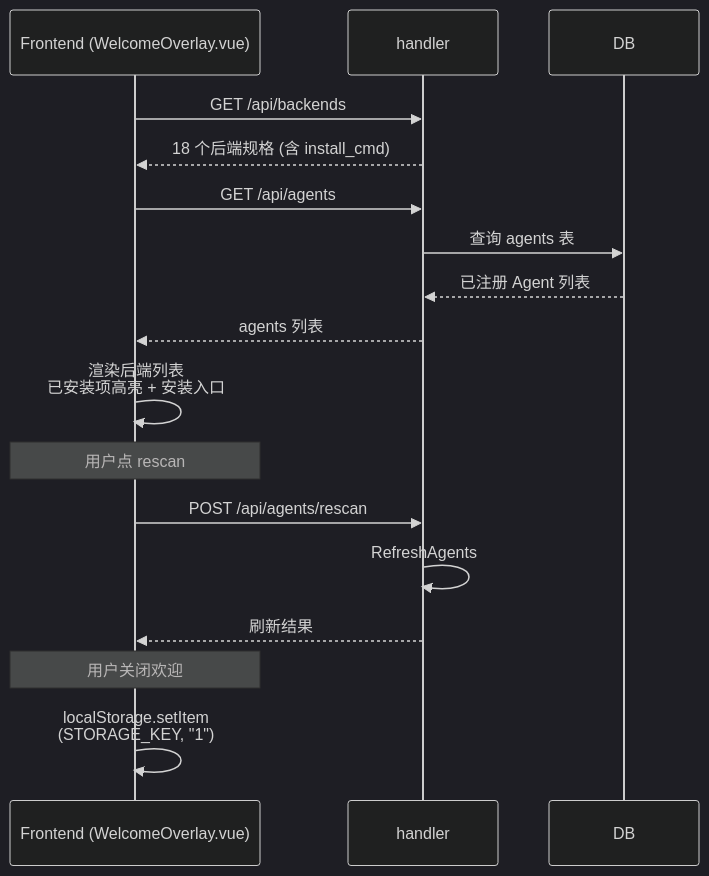
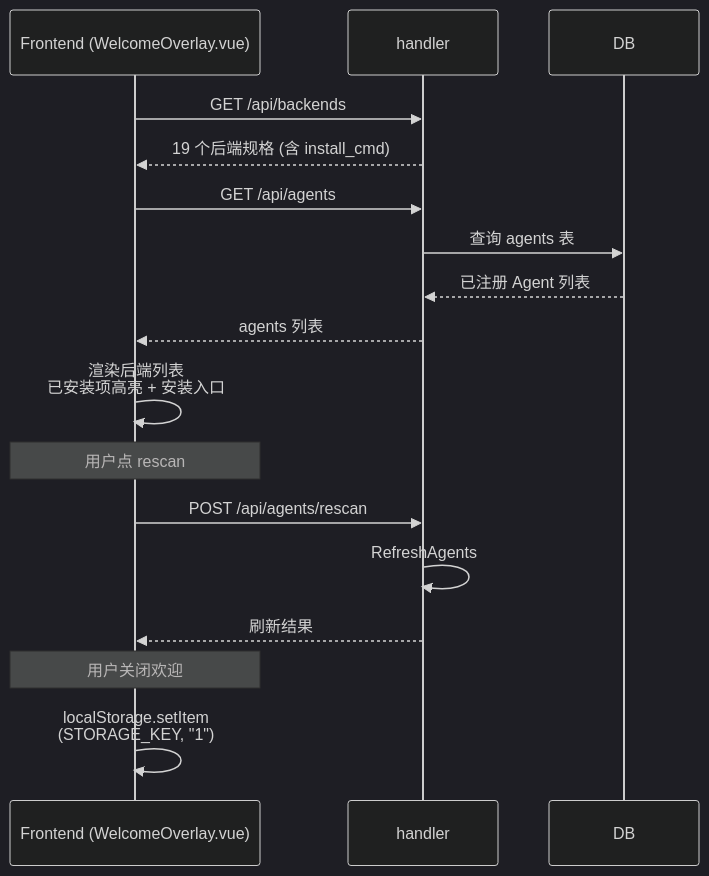
The first of 2 diagrams in docs/spec/features/setup-wizard.md (clawbench-dev/clawbench), drawn with Mermaid (dark theme) before and after one commit. The commit also changed other lines of this file and 10 other files, not shown here.

````diff
--- a/docs/spec/features/setup-wizard.md
+++ b/docs/spec/features/setup-wizard.md
@@ -17,20 +17,20 @@
 ```mermaid
 sequenceDiagram
     participant F as Frontend (WelcomeOverlay.vue)
     participant H as handler
     participant DB
 
     F->>H: GET /api/backends
-    H-->>F: 18 个后端规格 (含 install_cmd)
+    H-->>F: 19 个后端规格 (含 install_cmd)
     F->>H: GET /api/agents
     H->>DB: 查询 agents 表
     DB-->>H: 已注册 Agent 列表
     H-->>F: agents 列表
     F->>F: 渲染后端列表<br/>已安装项高亮 + 安装入口
     Note over F: 用户点 rescan
     F->>H: POST /api/agents/rescan
     H->>H: RefreshAgents
     H-->>F: 刷新结果
     Note over F: 用户关闭欢迎
     F->>F: localStorage.setItem<br/>(STORAGE_KEY, "1")
 ```
````
